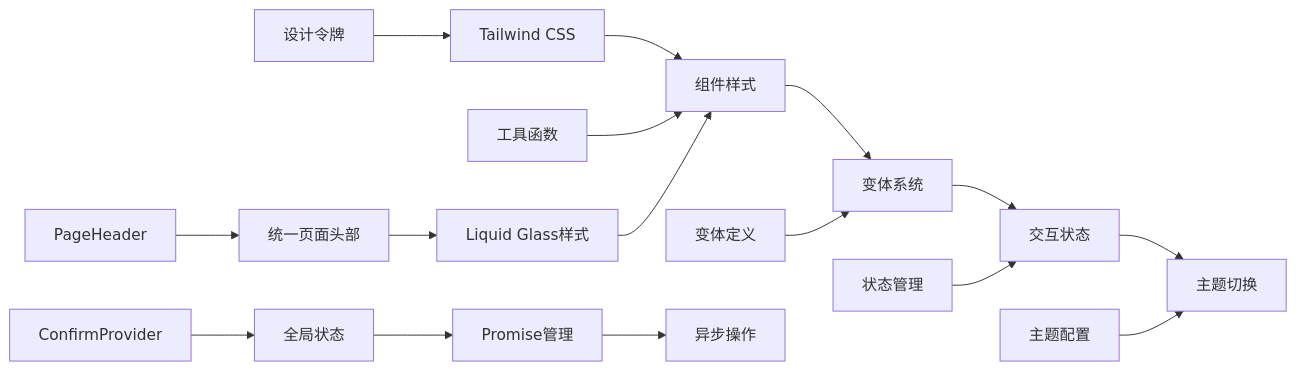
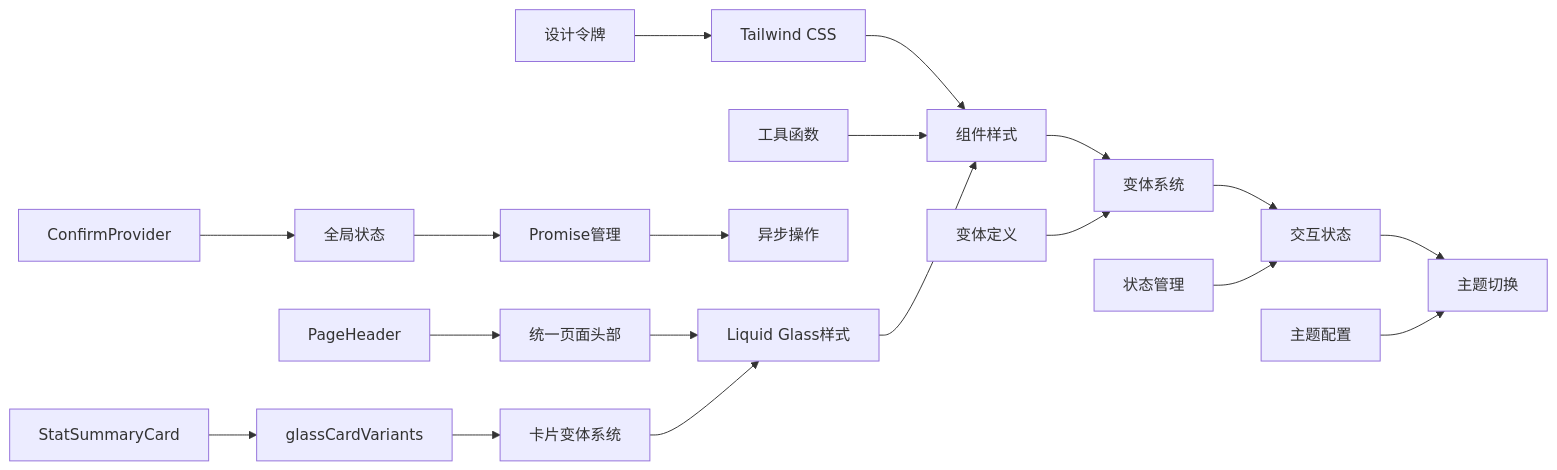
Before and after one commit to RadiumAg/AIGate: the tenth of 10 diagrams in .qoder/repowiki/zh/content/前端组件/Apple Liquid Glass UI组件系统.md, drawn with Mermaid. The commit also changed other lines of this file and 3 other files, not shown here.

````diff
--- a/.qoder/repowiki/zh/content/前端组件/Apple Liquid Glass UI组件系统.md
+++ b/.qoder/repowiki/zh/content/前端组件/Apple Liquid Glass UI组件系统.md
@@ -646,18 +741,21 @@
 ```mermaid
 flowchart LR
 A[设计令牌] --> B[Tailwind CSS]
 B --> C[组件样式]
 C --> D[变体系统]
 D --> E[交互状态]
 E --> F[主题切换]
 G[工具函数] --> C
 H[变体定义] --> D
 I[状态管理] --> E
 J[主题配置] --> F
 K[ConfirmProvider] --> L[全局状态]
 L --> M[Promise管理]
 M --> N[异步操作]
 O[PageHeader] --> P[统一页面头部]
 P --> Q[Liquid Glass样式]
 Q --> C
+R[glassCardVariants] --> S[卡片变体系统]
+S --> Q
+T[StatSummaryCard] --> R
 ```
````
